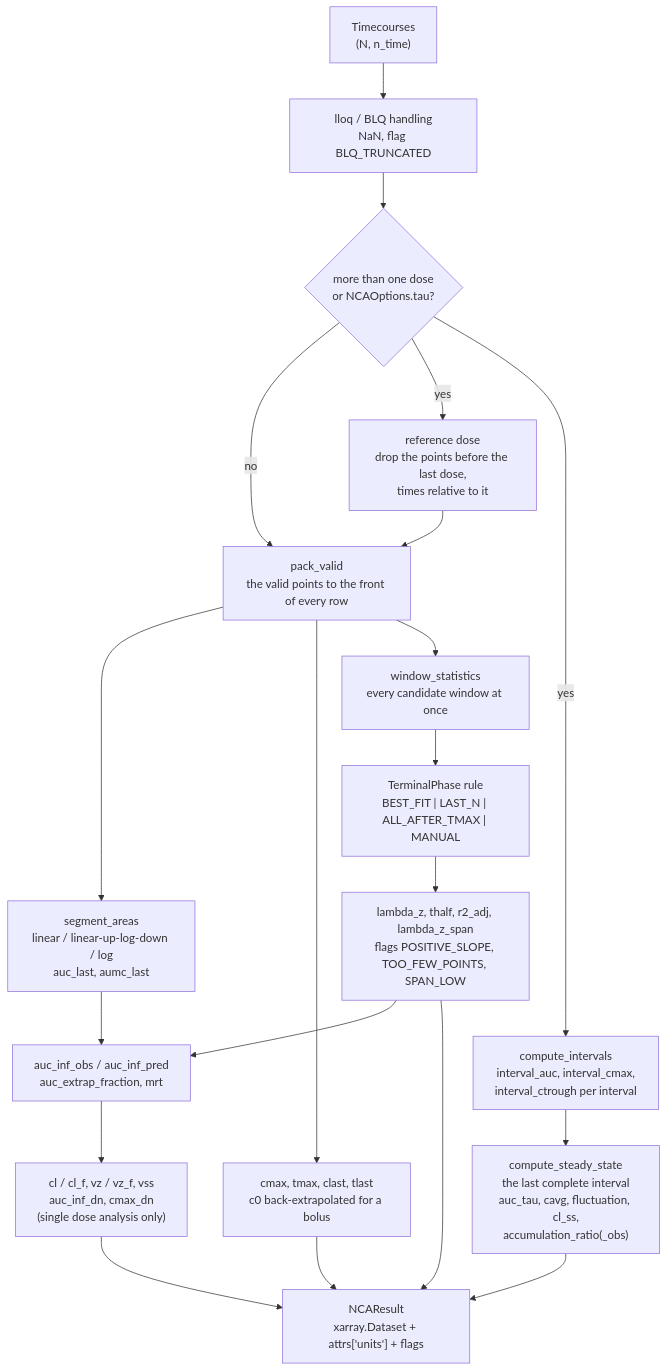
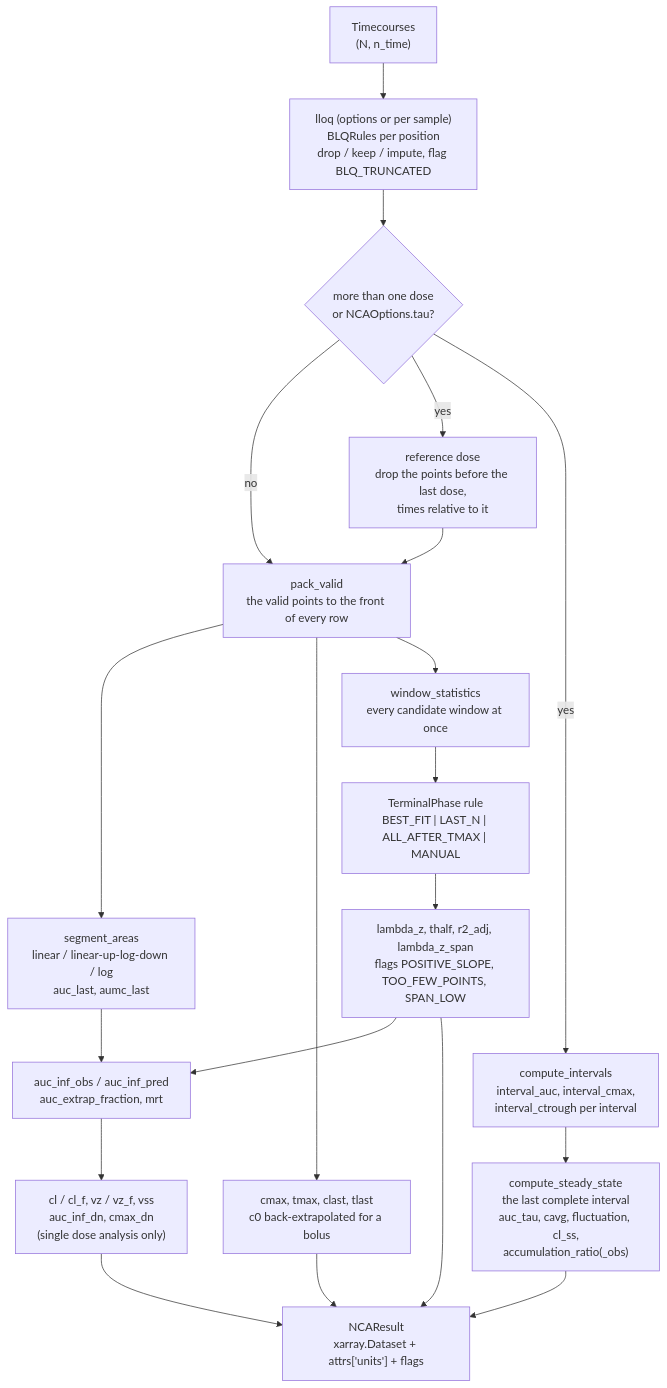
Before and after one commit to matthiaskoenig/pkpdutils: the diagram in docs/nca.md, drawn with Mermaid. The commit also changed other lines of this file and 18 other files, not shown here.

````diff
--- a/docs/nca.md
+++ b/docs/nca.md
@@ -29,22 +31,22 @@
 ```mermaid
 flowchart TD
-  IN["Timecourses<br/>(N, n_time)"] --> BLQ["lloq / BLQ handling<br/>NaN, flag BLQ_TRUNCATED"]
+  IN["Timecourses<br/>(N, n_time)"] --> BLQ["lloq (options or per sample)<br/>BLQRules per position<br/>drop / keep / impute, flag BLQ_TRUNCATED"]
   BLQ --> MD{"more than one dose<br/>or NCAOptions.tau?"}
   MD -->|no| PACK
   MD -->|yes| REF["reference dose<br/>drop the points before the last dose,<br/>times relative to it"]
   REF --> PACK["pack_valid<br/>the valid points to the front of every row"]
   PACK --> AUC["segment_areas<br/>linear / linear-up-log-down / log<br/>auc_last, aumc_last"]
   PACK --> PEAK["cmax, tmax, clast, tlast<br/>c0 back-extrapolated for a bolus"]
   PACK --> TERM["window_statistics<br/>every candidate window at once"]
   TERM --> PICK["TerminalPhase rule<br/>BEST_FIT | LAST_N | ALL_AFTER_TMAX | MANUAL"]
   PICK --> LZ["lambda_z, thalf, r2_adj, lambda_z_span<br/>flags POSITIVE_SLOPE, TOO_FEW_POINTS, SPAN_LOW"]
   AUC --> EXTRAP["auc_inf_obs / auc_inf_pred<br/>auc_extrap_fraction, mrt"]
   LZ --> EXTRAP
   EXTRAP --> DOSEP["cl / cl_f, vz / vz_f, vss<br/>auc_inf_dn, cmax_dn<br/>(single dose analysis only)"]
   MD -->|yes| IV["compute_intervals<br/>interval_auc, interval_cmax,<br/>interval_ctrough per interval"]
   IV --> SS["compute_steady_state<br/>the last complete interval<br/>auc_tau, cavg, fluctuation, cl_ss,<br/>accumulation_ratio(_obs)"]
   DOSEP --> OUT["NCAResult<br/>xarray.Dataset + attrs['units'] + flags"]
   PEAK --> OUT
   SS --> OUT
   LZ --> OUT
 ```
````
